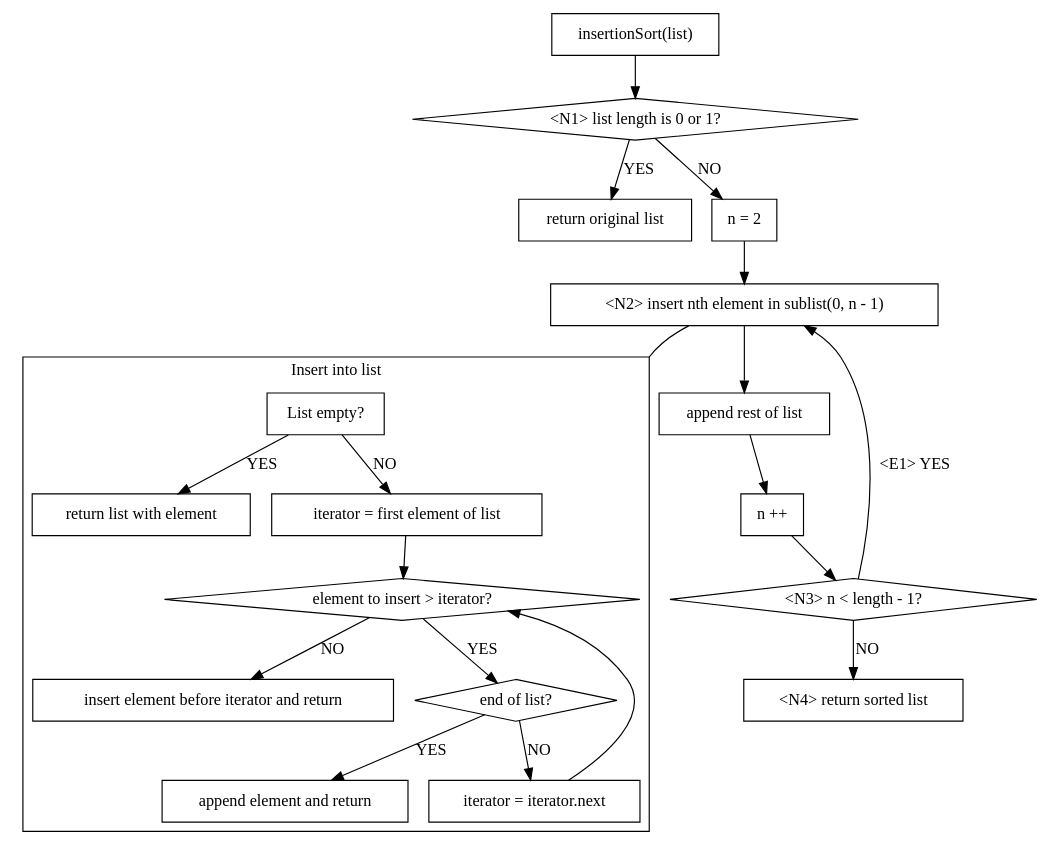
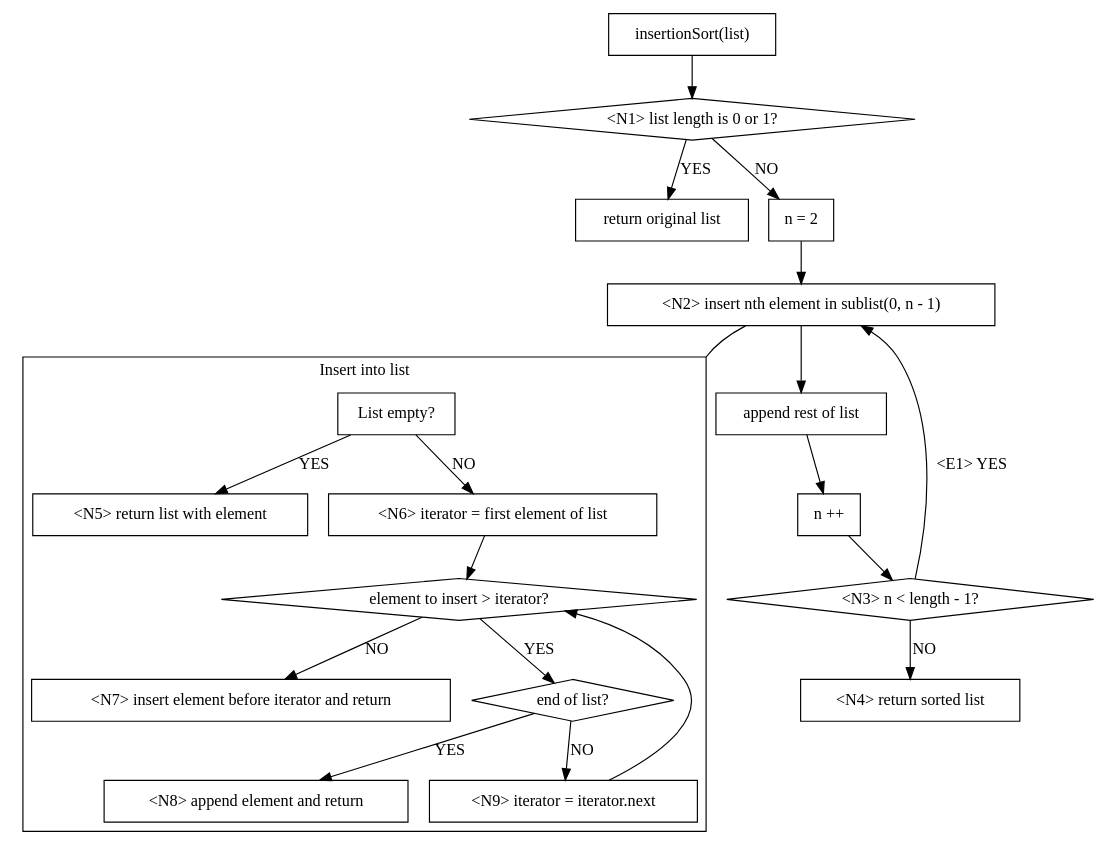
The diagram in doc/aufg2/graphViz/insertionSort.gv (hugoppp-uni/Algorithmen-und-Datenstrukturen), drawn with Graphviz before and after one commit. The commit also changed 1 other file, not shown here.

```diff
--- a/doc/aufg2/graphViz/insertionSort.gv
+++ b/doc/aufg2/graphViz/insertionSort.gv
@@ -1,44 +1,44 @@
 digraph Q {
     node [shape = box];
     compound = true;
 
     s1 [label = "insertionSort(list)"]
     s1 -> d1
     d1 [label = "<N1> list length is 0 or 1?" shape = diamond]
     d1 -> "return original list" [label = "YES"];
     d1 -> s2 [label = "NO"];
     s2 [label = "n = 2"];
     s2 -> s33
     s33 [label = "<N2> insert nth element in sublist(0, n - 1) "];
     s33 -> s3
     s33 -> cluster1Connector [arrowhead = none, lhead = cluster1]
     s3 [label = "append rest of list"]
     s3 -> s4
     s4 [label = "n ++"];
     s4 -> d2
     d2 [label = "<N3> n < length - 1?" shape = diamond];
     d2 -> s33 [label = "<E1> YES"];
     d2 -> "<N4> return sorted list" [label = "NO"];
 
     subgraph cluster1 {
         node [shape = box];
         label = "Insert into list"
         cluster1Connector [shape = point style = invis]
 
         cBegin [label = "List empty?"];
-        cBegin -> "return list with element" [label = "YES"];
+        cBegin -> "<N5> return list with element" [label = "YES"];
         cBegin -> c0 [label = "NO"];
-        c0 [label = "iterator = first element of list "];
+        c0 [label = "<N6> iterator = first element of list "];
         c0 -> cd1
         cd1 [label = "element to insert > iterator?" shape = diamond];
         cd1 -> cs1 [label = "NO"];
         cd1 -> cd2 [label = "YES"];
-        cs1 [label = "insert element before iterator and return"];
-        cs2 [label = "iterator = iterator.next"];
+        cs1 [label = "<N7> insert element before iterator and return"];
+        cs2 [label = "<N9> iterator = iterator.next"];
         cs2 -> cd1
         cd2 [label = "end of list?" shape = diamond];
         cd2 -> appendAndReturn [label = "YES"];
         cd2 -> cs2 [label = "NO"];
-        appendAndReturn [label = "append element and return"]
+        appendAndReturn [label = "<N8> append element and return"]
     }
 }
```
